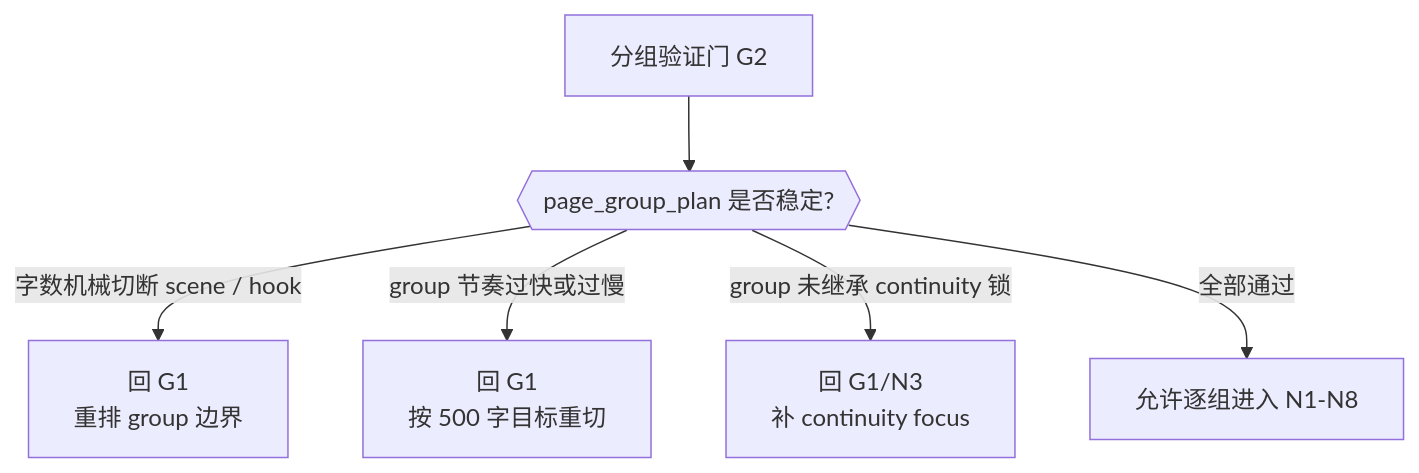
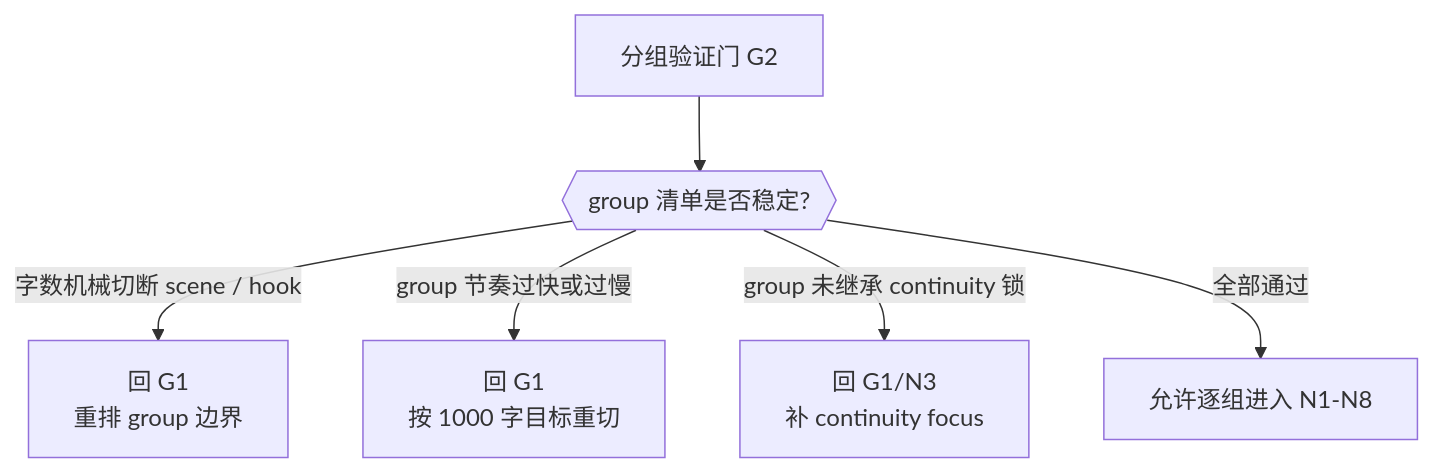
One commit to ZEN-VOID/AI-CUT changed the sixth of 7 diagrams in .agents/skills/comic/2-九刀流漫画提示词/SKILL.md. Above: the diagram before and after it, drawn with Mermaid. The commit also changed other lines of this file and 184 other files, not shown here.

````diff
--- a/.agents/skills/comic/2-九刀流漫画提示词/SKILL.md
+++ b/.agents/skills/comic/2-九刀流漫画提示词/SKILL.md
@@ -276,8 +242,8 @@
 ```mermaid
 flowchart TD
-    A1["分组验证门 G2"] --> B1{{"page_group_plan 是否稳定?"}}
+    A1["分组验证门 G2"] --> B1{{"group 清单是否稳定?"}}
     B1 -->|"字数机械切断 scene / hook"| C1["回 G1<br/>重排 group 边界"]
-    B1 -->|"group 节奏过快或过慢"| D1["回 G1<br/>按 500 字目标重切"]
+    B1 -->|"group 节奏过快或过慢"| D1["回 G1<br/>按 1000 字目标重切"]
     B1 -->|"group 未继承 continuity 锁"| E1["回 G1/N3<br/>补 continuity focus"]
     B1 -->|"全部通过"| F1["允许逐组进入 N1-N8"]
 ```
````
